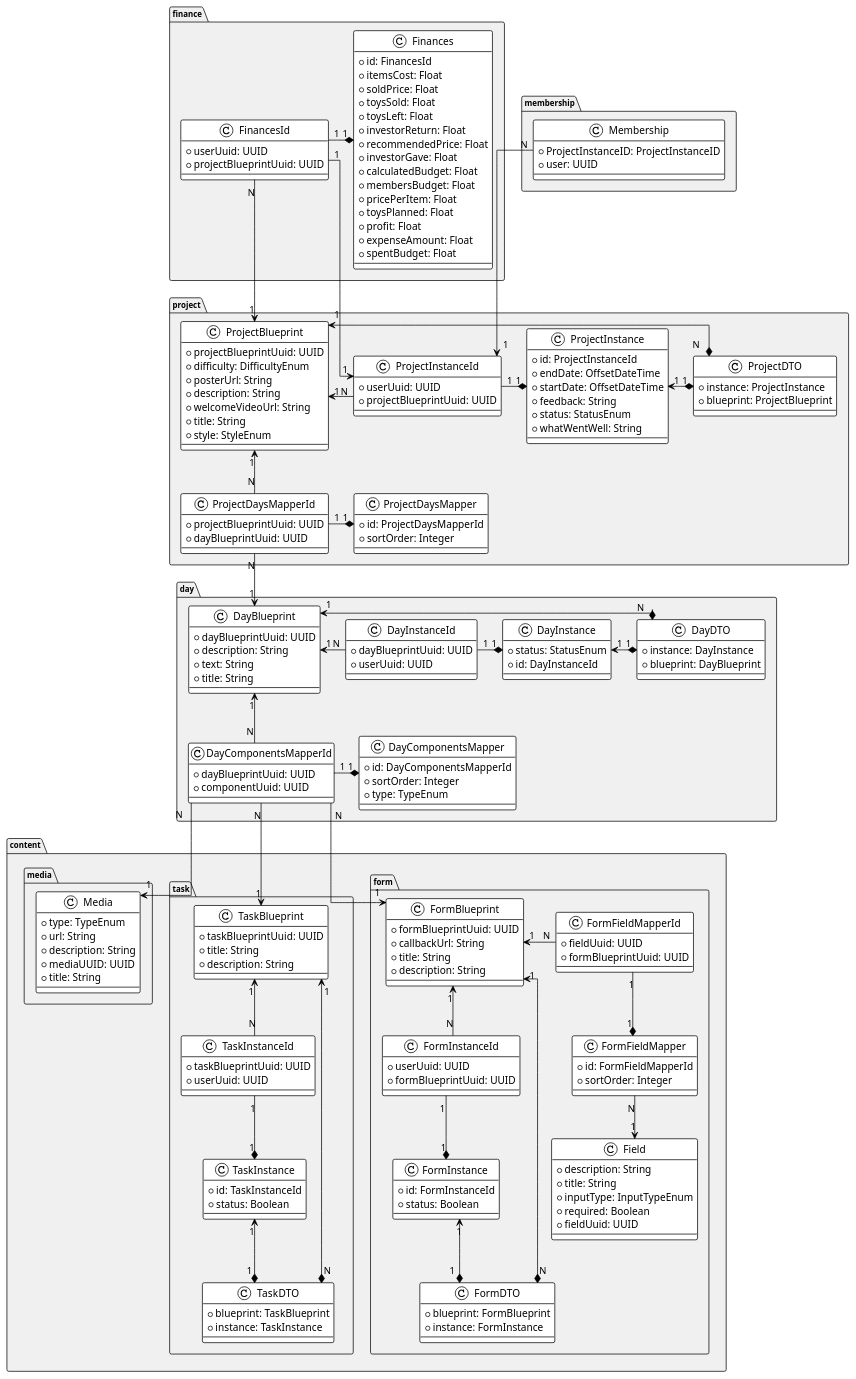
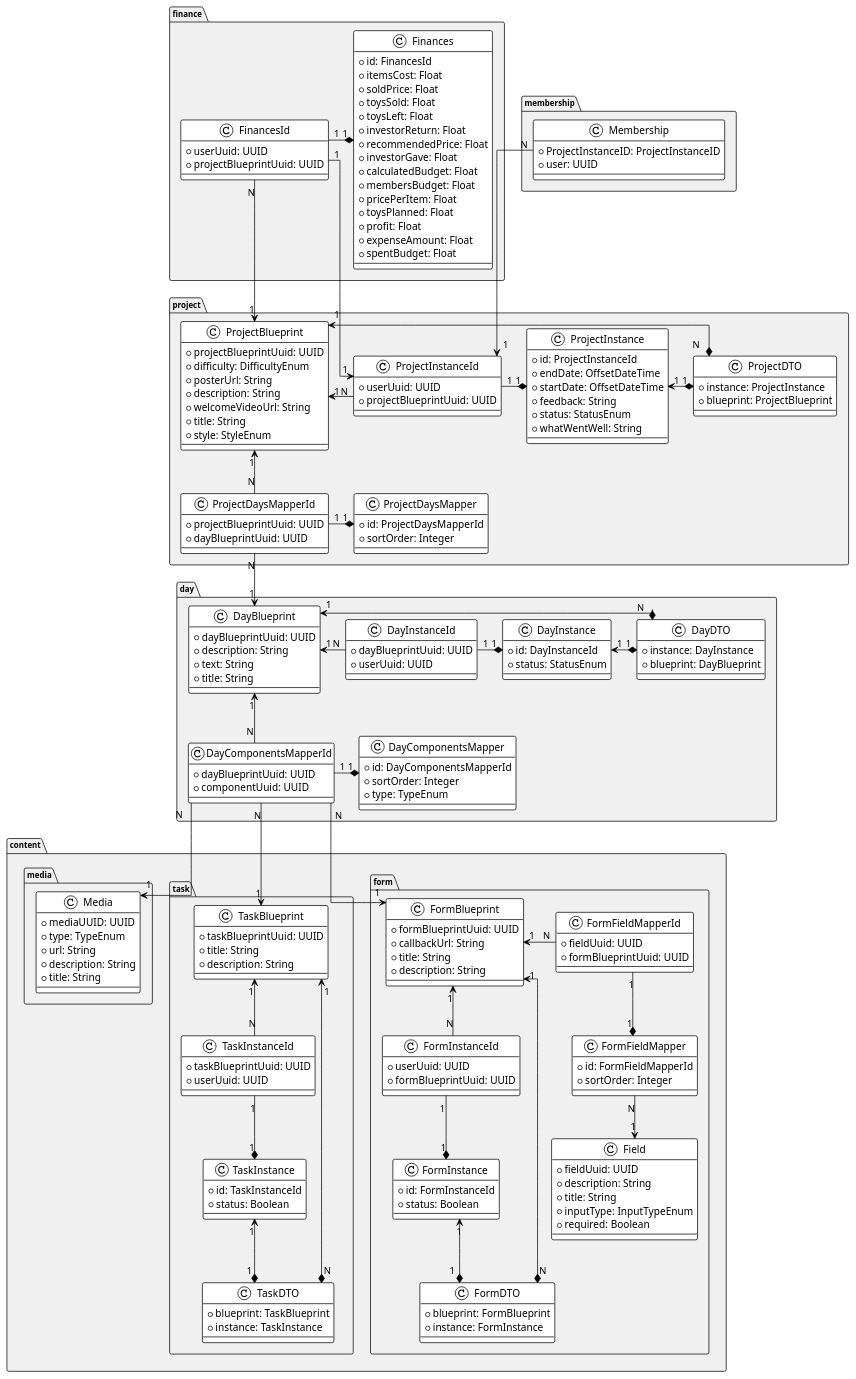
The diagram in docs/analysis/classes-diagram/classes-diag.plantuml (dmr4eg/la-infrastructure), drawn with PlantUML before and after one commit. The commit also changed other lines of this file, not shown here.

```diff
--- a/docs/analysis/classes-diagram/classes-diag.plantuml
+++ b/docs/analysis/classes-diagram/classes-diag.plantuml
@@ -73,8 +73,8 @@
     }
 
     class DayInstance {
+        * id: DayInstanceId
         * status: StatusEnum
-        * id: DayInstanceId
     }
 
     class DayDTO {
@@ -129,11 +129,11 @@
         }
 
         class Field {
+            * fieldUuid: UUID
             * description: String
             * title: String
             * inputType: InputTypeEnum
             * required: Boolean
-            * fieldUuid: UUID
         }
     }
 
@@ -162,10 +162,10 @@
 
     package "media" {
         class Media {
+            * mediaUUID: UUID
             * type: TypeEnum
             * url: String
             * description: String
-            * mediaUUID: UUID
             * title: String
         }
     }
```
